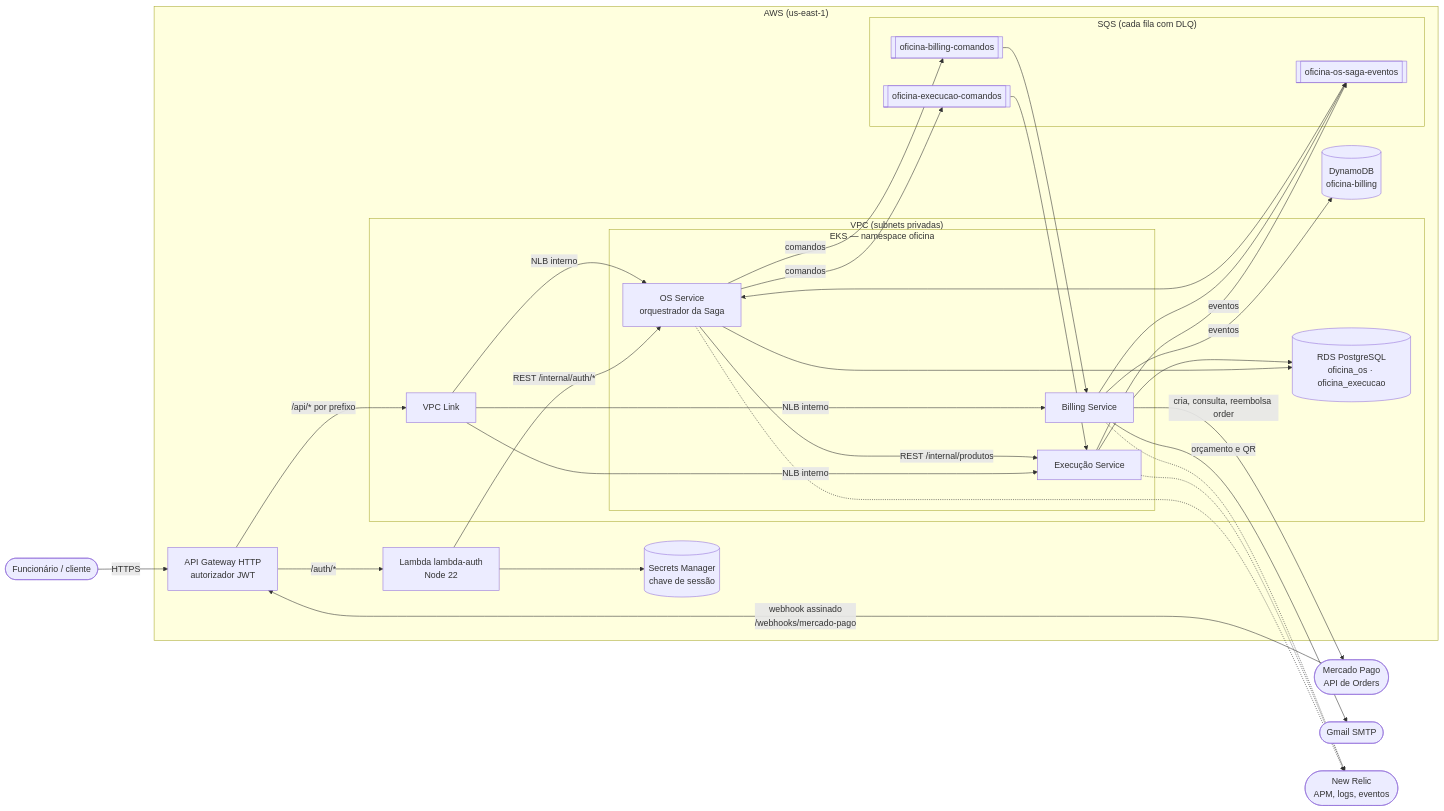
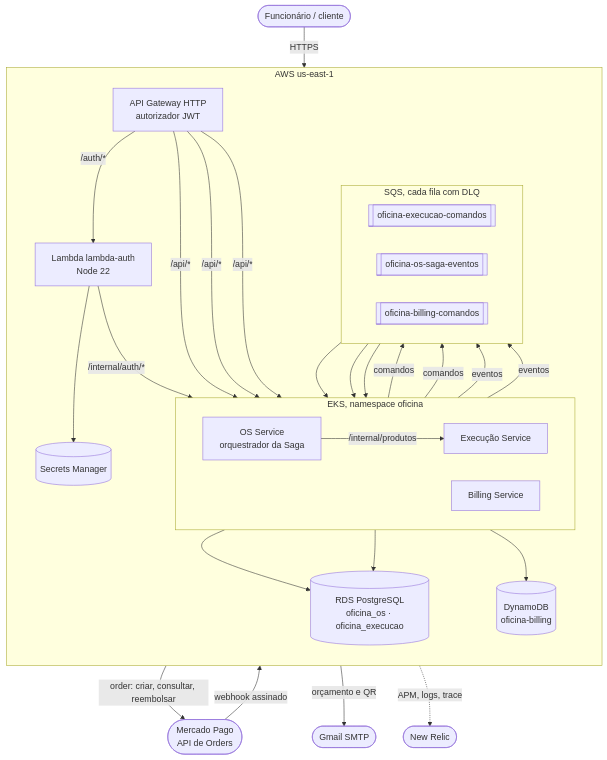
Before and after one commit to KauaAlmeidaSilveira/fiap-15soat-oficina-os: the diagram in docs/arquitetura.md, drawn with Mermaid. The commit also changed other lines of this file, not shown here.

Commit message:
docs: simplifica o diagrama geral da arquitetura

````diff
--- a/docs/arquitetura.md
+++ b/docs/arquitetura.md
@@ -9,62 +9,57 @@
 ```mermaid
-flowchart LR
+flowchart TB
     usuario(["Funcionário / cliente"])
     mp(["Mercado Pago<br/>API de Orders"])
-    gmail(["Gmail SMTP"])
-    nr(["New Relic<br/>APM, logs, eventos"])
 
-    subgraph aws["AWS (us-east-1)"]
+    subgraph aws["AWS us-east-1"]
+        direction TB
         gw["API Gateway HTTP<br/>autorizador JWT"]
         lambda["Lambda lambda-auth<br/>Node 22"]
-        secrets[("Secrets Manager<br/>chave de sessão")]
+        secrets[("Secrets Manager")]
 
-        subgraph vpc["VPC (subnets privadas)"]
-            link["VPC Link"]
-
-            subgraph eks["EKS — namespace oficina"]
-                os["OS Service<br/>orquestrador da Saga"]
-                exe["Execução Service"]
-                bil["Billing Service"]
-            end
-
-            rds[("RDS PostgreSQL<br/>oficina_os · oficina_execucao")]
+        subgraph eks["EKS, namespace oficina"]
+            direction LR
+            exe["Execução Service"]
+            os["OS Service<br/>orquestrador da Saga"]
+            bil["Billing Service"]
         end
 
-        subgraph sqs["SQS (cada fila com DLQ)"]
+        subgraph sqs["SQS, cada fila com DLQ"]
+            direction LR
+            qexe[["oficina-execucao-comandos"]]
             qos[["oficina-os-saga-eventos"]]
-            qexe[["oficina-execucao-comandos"]]
             qbil[["oficina-billing-comandos"]]
         end
 
+        rds[("RDS PostgreSQL<br/>oficina_os · oficina_execucao")]
         ddb[("DynamoDB<br/>oficina-billing")]
     end
 
+    gmail(["Gmail SMTP"])
+    nr(["New Relic"])
+
     usuario -->|HTTPS| gw
-    mp -->|"webhook assinado<br/>/webhooks/mercado-pago"| gw
+    mp -->|webhook assinado| gw
     gw -->|"/auth/*"| lambda
     lambda --> secrets
-    lambda -->|"REST /internal/auth/*"| os
-    gw -->|"/api/* por prefixo"| link
-    link -->|NLB interno| os
-    link -->|NLB interno| exe
-    link -->|NLB interno| bil
+    lambda -->|"/internal/auth/*"| os
+    gw -->|"/api/*"| exe
+    gw -->|"/api/*"| os
+    gw -->|"/api/*"| bil
 
-    os -->|"REST /internal/produtos"| exe
+    os -->|"/internal/produtos"| exe
     os -->|comandos| qexe
     os -->|comandos| qbil
     qexe --> exe
     qbil --> bil
     exe -->|eventos| qos
     bil -->|eventos| qos
     qos --> os
 
     os --> rds
     exe --> rds
     bil --> ddb
-    bil -->|"cria, consulta, reembolsa order"| mp
+    bil -->|"order: criar, consultar, reembolsar"| mp
     bil -->|orçamento e QR| gmail
-
-    os -.-> nr
-    exe -.-> nr
-    bil -.-> nr
+    eks -.->|"APM, logs, trace"| nr
 ```
````
